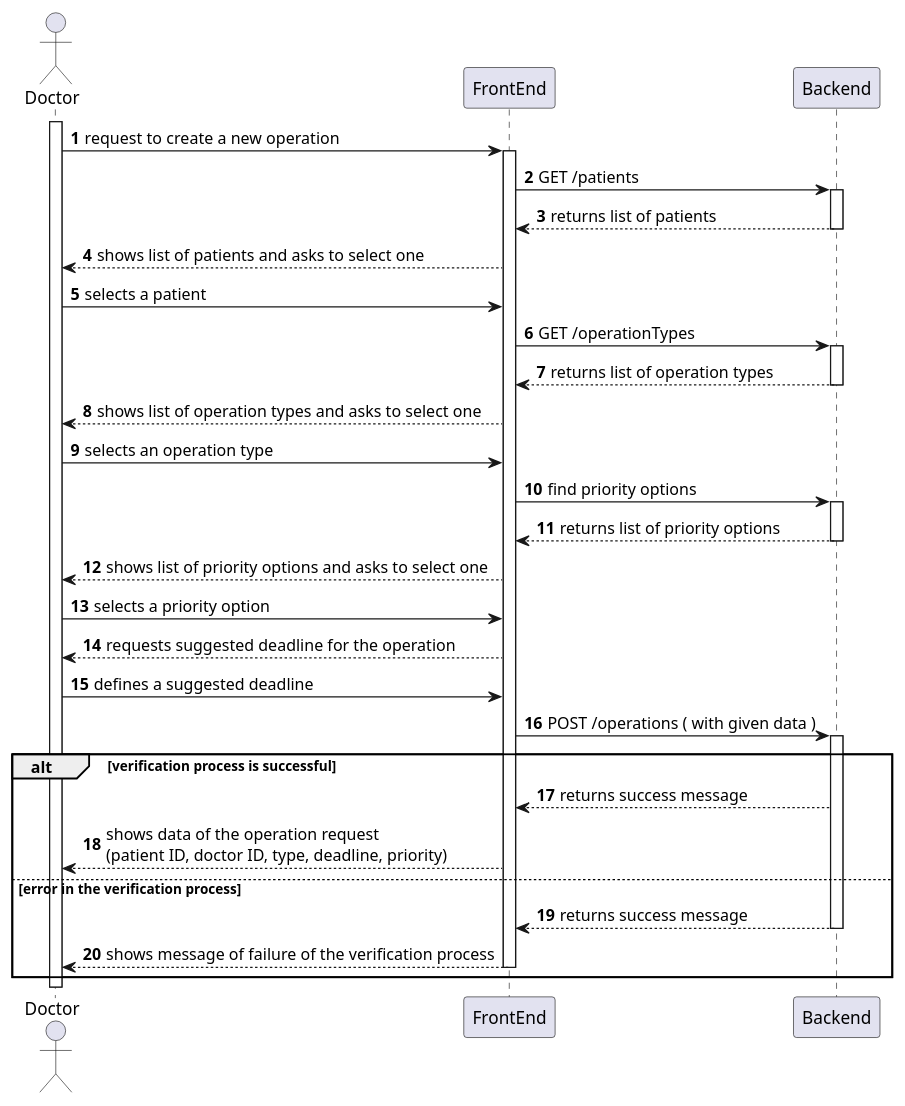
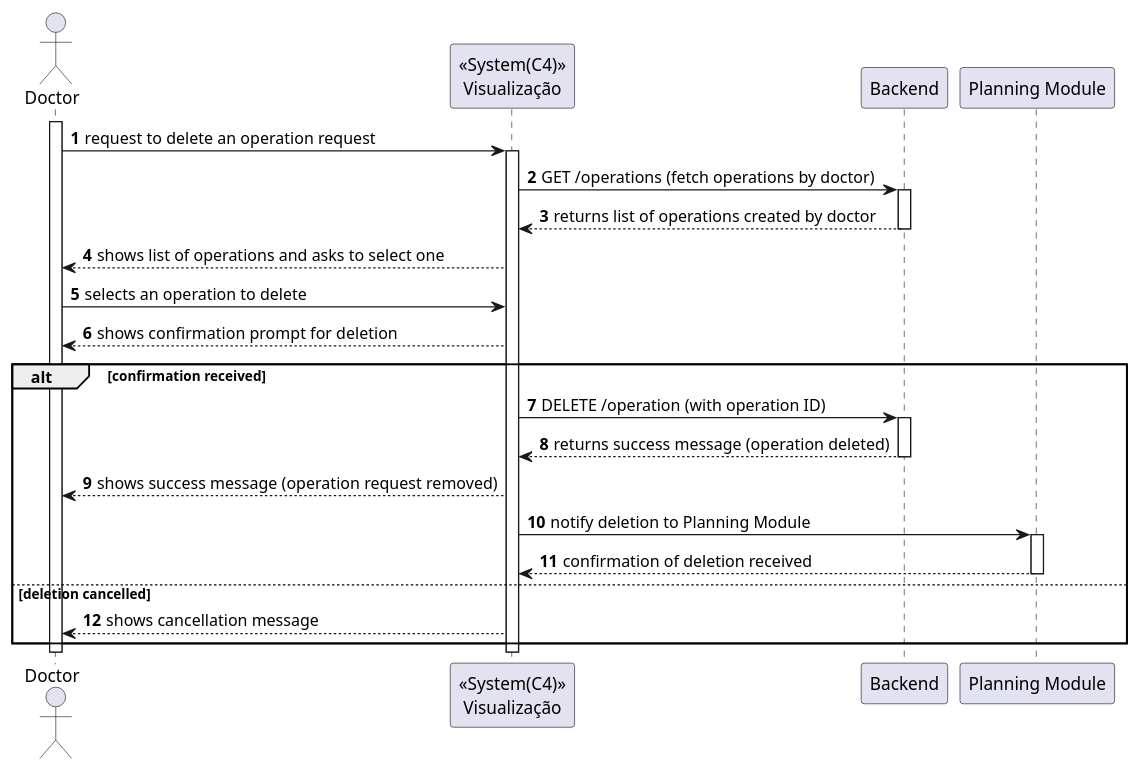
One commit to Saquinho74/LAPR5 changed the diagram in Docs/SprintA/US18/level2/process_view.puml. Above: the diagram before and after it, drawn with PlantUML.

Commit message:
#18 Process view level 2 updated

```diff
--- a/Docs/SprintA/US18/level2/process_view.puml
+++ b/Docs/SprintA/US18/level2/process_view.puml
@@ -1,104 +1,59 @@
 @startuml
 'https://plantuml.com/sequence-diagram
 
 autonumber
 actor Doctor as doc
-participant "FrontEnd" as sys
-participant "Backend"
+participant "<<System(C4)>>\nVisualização" as sys
+participant "Backend" as backend
+participant "Planning Module" as planning
+
 activate doc
 
-doc -> sys: request to create a new operation
+doc -> sys: request to delete an operation request
 
 activate sys
 
+sys -> backend : GET /operations (fetch operations by doctor)
 
-sys -> "Backend" : GET /patients
+activate backend
 
-activate "Backend"
+backend --> sys : returns list of operations created by doctor
 
-"Backend" --> sys : returns list of patients
+deactivate backend
 
-deactivate "Backend"
+sys --> doc: shows list of operations and asks to select one
 
+doc -> sys: selects an operation to delete
 
-sys --> doc: shows list of patients and asks to select one
+sys --> doc: shows confirmation prompt for deletion
 
+alt confirmation received
 
-doc -> sys: selects a patient
+    sys -> backend : DELETE /operation (with operation ID)
 
+    activate backend
 
-sys -> "Backend" : GET /operationTypes
+    backend --> sys : returns success message (operation deleted)
 
-activate "Backend"
+    deactivate backend
 
-"Backend" --> sys : returns list of operation types
+    sys --> doc: shows success message (operation request removed)
 
-deactivate "Backend"
+    sys -> planning: notify deletion to Planning Module
 
-sys --> doc: shows list of operation types and asks to select one
+    activate planning
 
+    planning --> sys: confirmation of deletion received
 
+    deactivate planning
 
+else deletion cancelled
 
-deactivate "Backend"
-
-doc -> sys: selects an operation type
-
-
-
-sys -> "Backend" : find priority options
-
-activate "Backend"
-
-"Backend" --> sys : returns list of priority options
-
-deactivate "Backend"
-
-sys --> doc : shows list of priority options and asks to select one
-
-
-
-
-
-doc -> sys: selects a priority option
-
-
-
-sys --> doc: requests suggested deadline for the operation
-
-
-
-doc -> sys: defines a suggested deadline
-
-
-
-
-
-
-
-sys -> "Backend" : POST /operations ( with given data )
-
-activate "Backend"
-
-alt verification process is successful
-
-
-"Backend" --> sys : returns success message
-
-
-  sys --> doc: shows data of the operation request \n(patient ID, doctor ID, type, deadline, priority)
-
-
-else error in the verification process
-
-"Backend" --> sys : returns success message
-
-deactivate "Backend"
-
-  sys --> doc: shows message of failure of the verification process
-
-  deactivate sys
+    sys --> doc: shows cancellation message
 
 end
 
+deactivate sys
+deactivate doc
+
 @enduml
```
